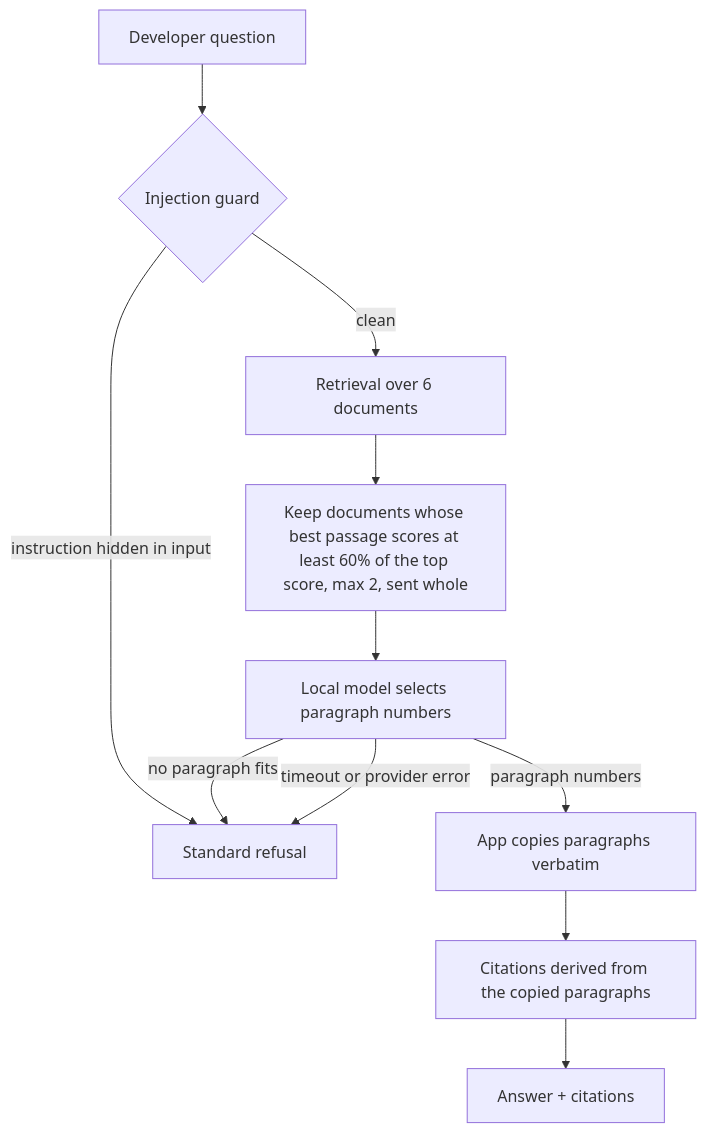
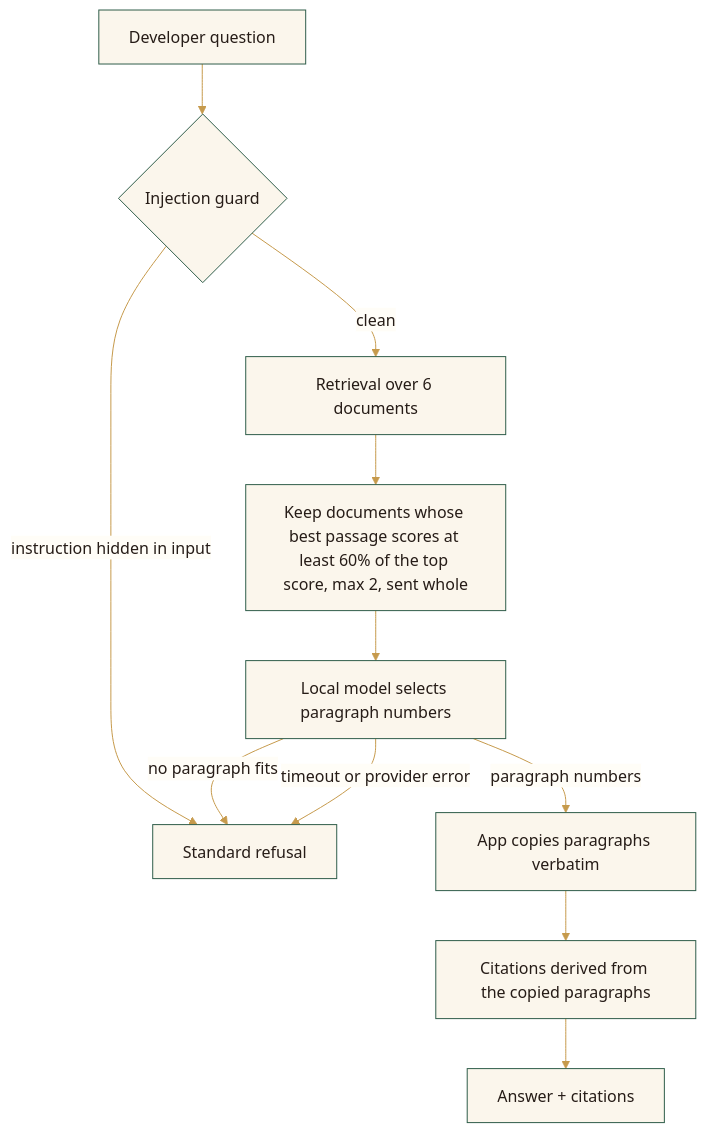
One commit to Mialy333/grounded-research-agent changed the diagram in README.md. Above: the diagram before and after it, drawn with Mermaid. The commit also changed other lines of this file and 5 other files, not shown here.

````diff
--- a/README.md
+++ b/README.md
@@ -31,13 +60,14 @@
 ```mermaid
+%%{init: {'theme':'base','themeVariables':{'primaryColor':'#fbf6ec','primaryTextColor':'#261c17','primaryBorderColor':'#2f5d4a','lineColor':'#c69a4c','secondaryColor':'#ecd5e1','tertiaryColor':'#fffdf7','edgeLabelBackground':'#fffdf7'}}}%%
 flowchart TD
     Q[Developer question] --> G{Injection guard}
     G -->|instruction hidden in input| R[Standard refusal]
     G -->|clean| S[Retrieval over 6 documents]
     S --> K[Keep documents whose best passage scores at least 60% of the top score, max 2, sent whole]
     K --> M[Local model selects paragraph numbers]
     M -->|no paragraph fits| R
     M -->|timeout or provider error| R
     M -->|paragraph numbers| C[App copies paragraphs verbatim]
     C --> CI[Citations derived from the copied paragraphs]
     CI --> A[Answer + citations]
 ```
````
